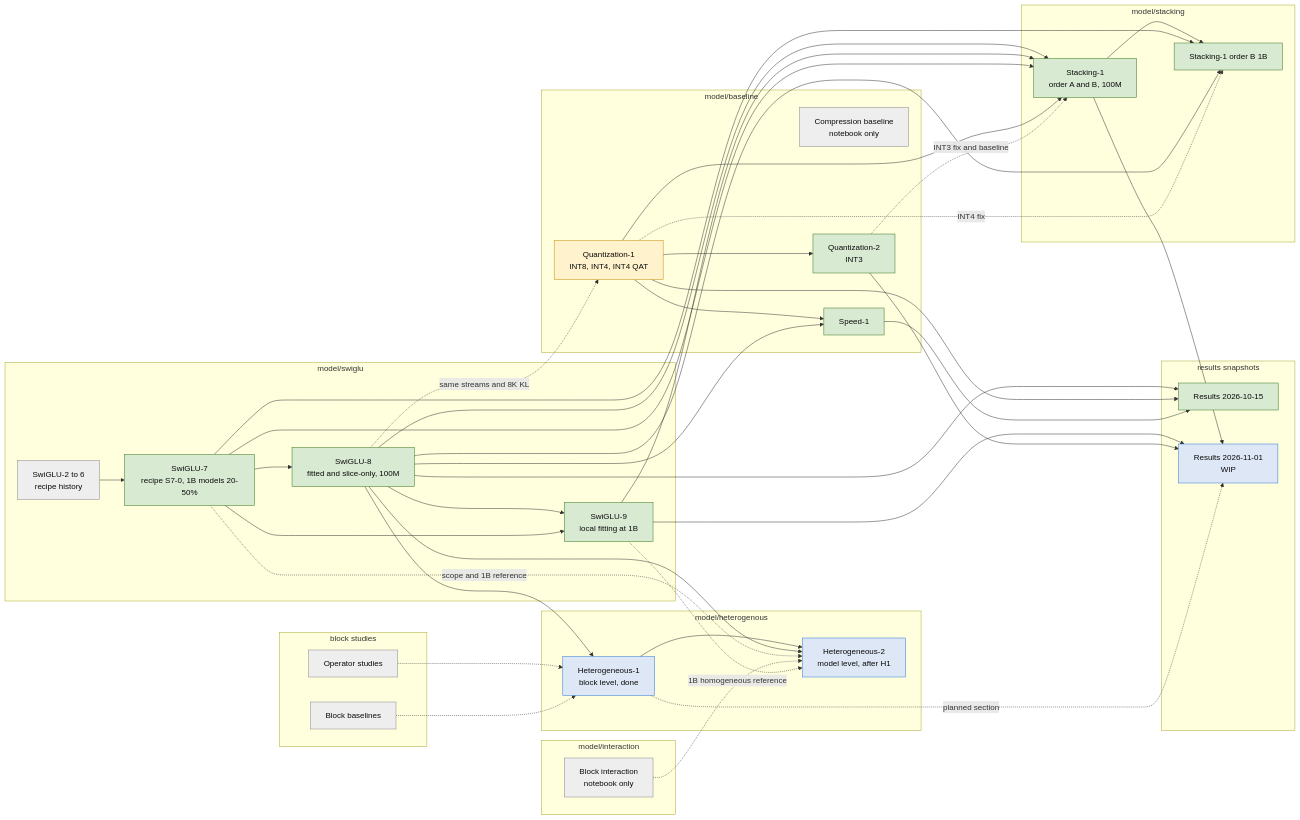
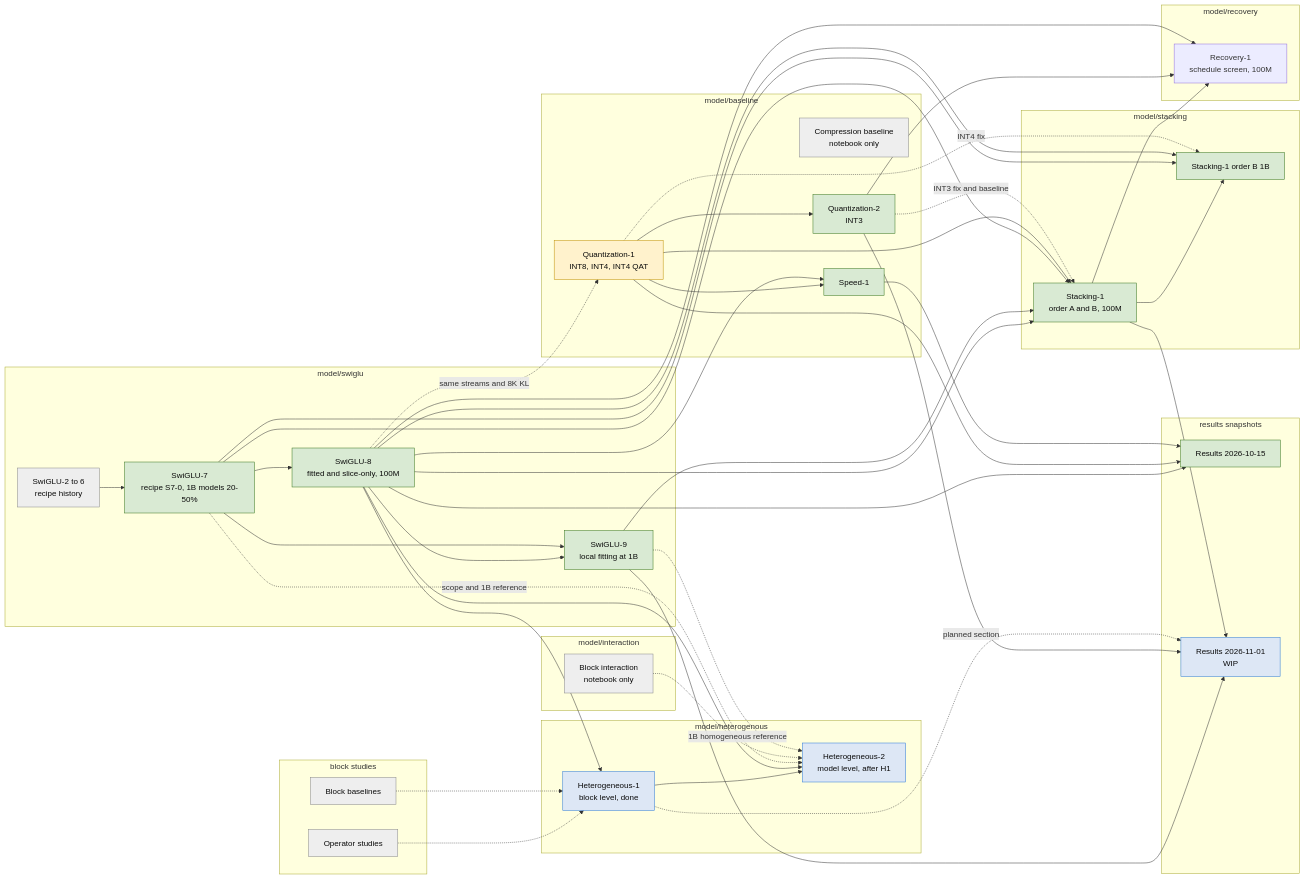
The second of 2 diagrams in docs/experiments/dependencies.md (Sammuel21/diploma-thesis-block-replacement), drawn with Mermaid before and after one commit. The commit also changed other lines of this file and 34 other files, not shown here.

````diff
--- a/docs/experiments/dependencies.md
+++ b/docs/experiments/dependencies.md
@@ -30,71 +33,77 @@
 ```mermaid
 flowchart LR
   classDef done fill:#d9ead3,stroke:#38761d,color:#0b0b0b
   classDef running fill:#fff2cc,stroke:#bf9000,color:#0b0b0b
   classDef planned fill:#dde7f5,stroke:#2a78d6,color:#0b0b0b
   classDef historical fill:#eeeeee,stroke:#888888,color:#0b0b0b
 
   subgraph block[block studies]
     BB[Block baselines]
     BO[Operator studies]
   end
   subgraph swiglu[model/swiglu]
     S26[SwiGLU-2 to 6<br/>recipe history] --> S7[SwiGLU-7<br/>recipe S7-0, 1B models 20-50%]
     S7 --> S8[SwiGLU-8<br/>fitted and slice-only, 100M]
     S8 --> S9[SwiGLU-9<br/>local fitting at 1B]
     S7 --> S9
   end
   subgraph baseline[model/baseline]
     CB[Compression baseline<br/>notebook only]
     Q1[Quantization-1<br/>INT8, INT4, INT4 QAT]
     Q2[Quantization-2<br/>INT3]
     SP1[Speed-1]
     Q1 --> Q2
   end
   subgraph stacking[model/stacking]
     ST1[Stacking-1<br/>order A and B, 100M]
     ST1B[Stacking-1 order B 1B]
     ST1 --> ST1B
   end
   subgraph interaction[model/interaction]
     BI[Block interaction<br/>notebook only]
   end
   subgraph hetero[model/heterogenous]
     H1[Heterogeneous-1<br/>block level, done] --> H2[Heterogeneous-2<br/>model level, after H1]
   end
+  subgraph recovery[model/recovery]
+    RC1[Recovery-1<br/>schedule screen, 100M]
+  end
+  Q2 --> RC1
+  ST1 --> RC1
+  S8 --> RC1
   subgraph reports[results snapshots]
     R1[Results 2026-10-15]
     R2[Results 2026-11-01<br/>WIP]
   end
 
   S8 -. same streams and 8K KL .-> Q1
   S8 --> ST1
   S9 --> ST1
   S7 --> ST1
   Q1 --> ST1
   Q2 -. INT3 fix and baseline .-> ST1
   S7 --> ST1B
   S8 --> ST1B
   Q1 -. INT4 fix .-> ST1B
   Q1 --> SP1
   S8 --> SP1
   BO -.-> H1
   BB -.-> H1
   S8 --> H1
   S8 --> H2
   S7 -. scope and 1B reference .-> H2
   BI -.-> H2
   S9 -. 1B homogeneous reference .-> H2
   S8 --> R1
   Q1 --> R1
   SP1 --> R1
   S9 --> R2
   ST1 --> R2
   Q2 --> R2
   H1 -. planned section .-> R2
 
   class S7,S8,S9,Q2,SP1,R1,ST1,ST1B done
   class Q1 running
   class H1,H2,R2 planned
   class S26,BB,BO,CB,BI historical
 ```
````
